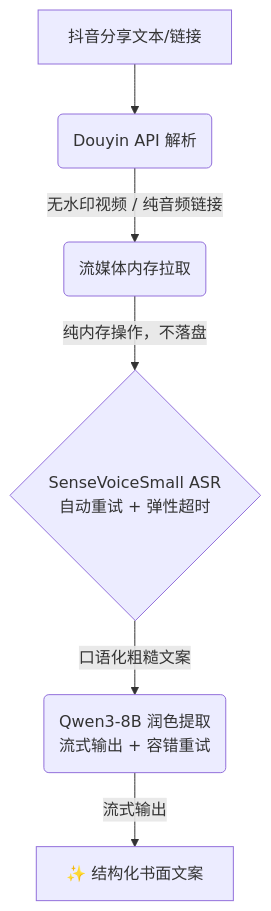
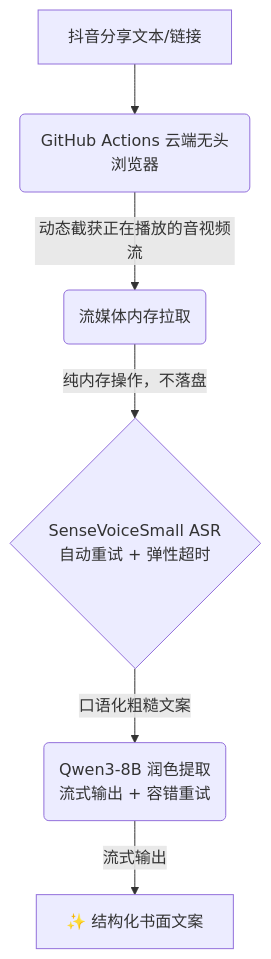
One commit to yzj2019/DouyinParsing changed the diagram in README.md. Above: the diagram before and after it, drawn with Mermaid. The commit also changed other lines of this file and 3 other files, not shown here.

````diff
--- a/README.md
+++ b/README.md
@@ -23,8 +23,8 @@
 ```mermaid
 graph TD
-    A[抖音分享文本/链接] --> B(Douyin API 解析)
-    B -->|无水印视频 / 纯音频链接| C(流媒体内存拉取)
+    A[抖音分享文本/链接] --> B(GitHub Actions 云端无头浏览器)
+    B -->|动态截获正在播放的音视频流| C(流媒体内存拉取)
     C -->|纯内存操作，不落盘| D{SenseVoiceSmall ASR<br/>自动重试 + 弹性超时}
     D -->|口语化粗糙文案| E(Qwen3-8B 润色提取<br/>流式输出 + 容错重试)
     E -->|流式输出| F[✨ 结构化书面文案]
 ```
````
